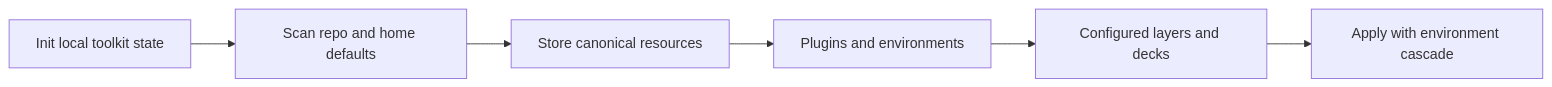
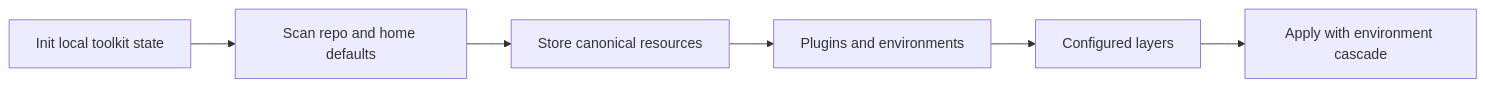
One commit to harnesstap/harnesstap changed the third of 3 diagrams in README.md. Above: the diagram before and after it, drawn with Mermaid. The commit also changed other lines of this file and 79 other files, not shown here.

````diff
--- a/README.md
+++ b/README.md
@@ -297,8 +289,8 @@
 ```mermaid
 flowchart LR
   A[Init local toolkit state] --> B[Scan repo and home defaults]
   B --> C[Store canonical resources]
   C --> D[Plugins and environments]
-  D --> E[Configured layers and decks]
+  D --> E[Configured layers]
   E --> F[Apply with environment cascade]
 ```
````
